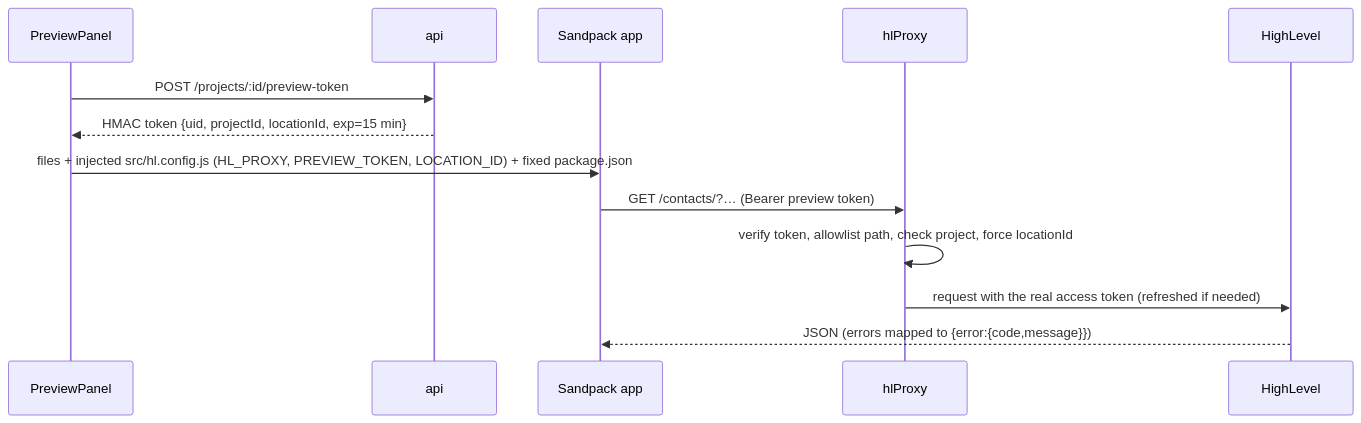
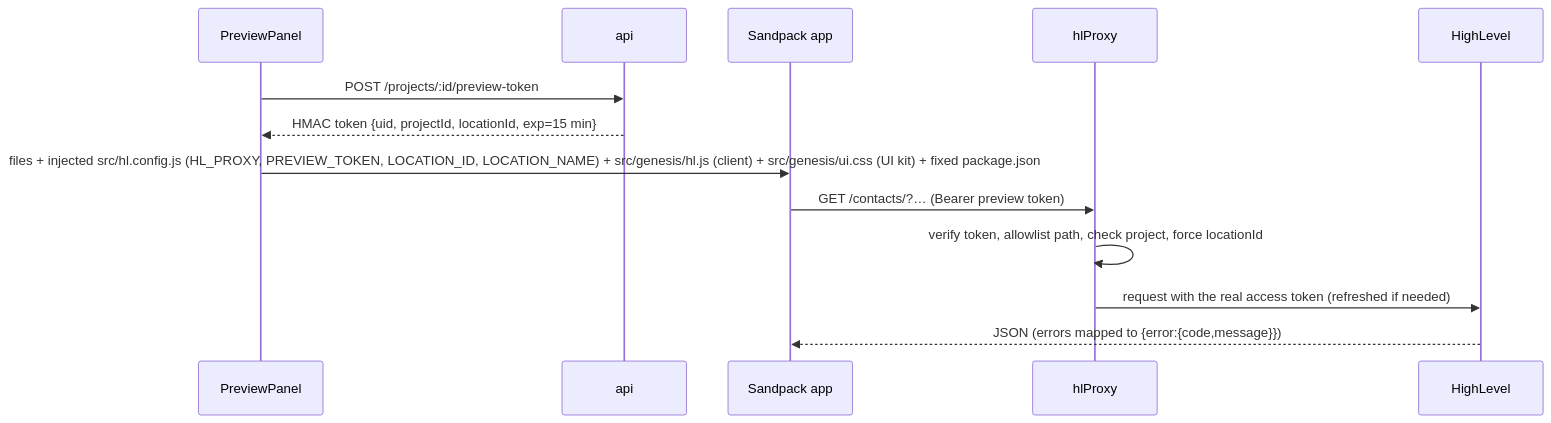
The sixth of 6 diagrams in docs/ARCHITECTURE.md (nirmalbenny/genesis), drawn with Mermaid before and after one commit. The commit also changed other lines of this file and 19 other files, not shown here.

First line of the commit message:
Generated apps: shared HighLevel client, UI kit and smaller files

````diff
--- a/docs/ARCHITECTURE.md
+++ b/docs/ARCHITECTURE.md
@@ -558,15 +559,15 @@
 ```mermaid
 sequenceDiagram
   participant P as PreviewPanel
   participant API as api
   participant SB as Sandpack app
   participant PX as hlProxy
   participant HL as HighLevel
   P->>API: POST /projects/:id/preview-token
   API-->>P: HMAC token {uid, projectId, locationId, exp=15 min}
-  P->>SB: files + injected src/hl.config.js (HL_PROXY, PREVIEW_TOKEN, LOCATION_ID) + fixed package.json
+  P->>SB: files + injected src/hl.config.js (HL_PROXY, PREVIEW_TOKEN, LOCATION_ID, LOCATION_NAME) + src/genesis/hl.js (client) + src/genesis/ui.css (UI kit) + fixed package.json
   SB->>PX: GET /contacts/?… (Bearer preview token)
   PX->>PX: verify token, allowlist path, check project, force locationId
   PX->>HL: request with the real access token (refreshed if needed)
   HL-->>SB: JSON (errors mapped to {error:{code,message}})
 ```
````
